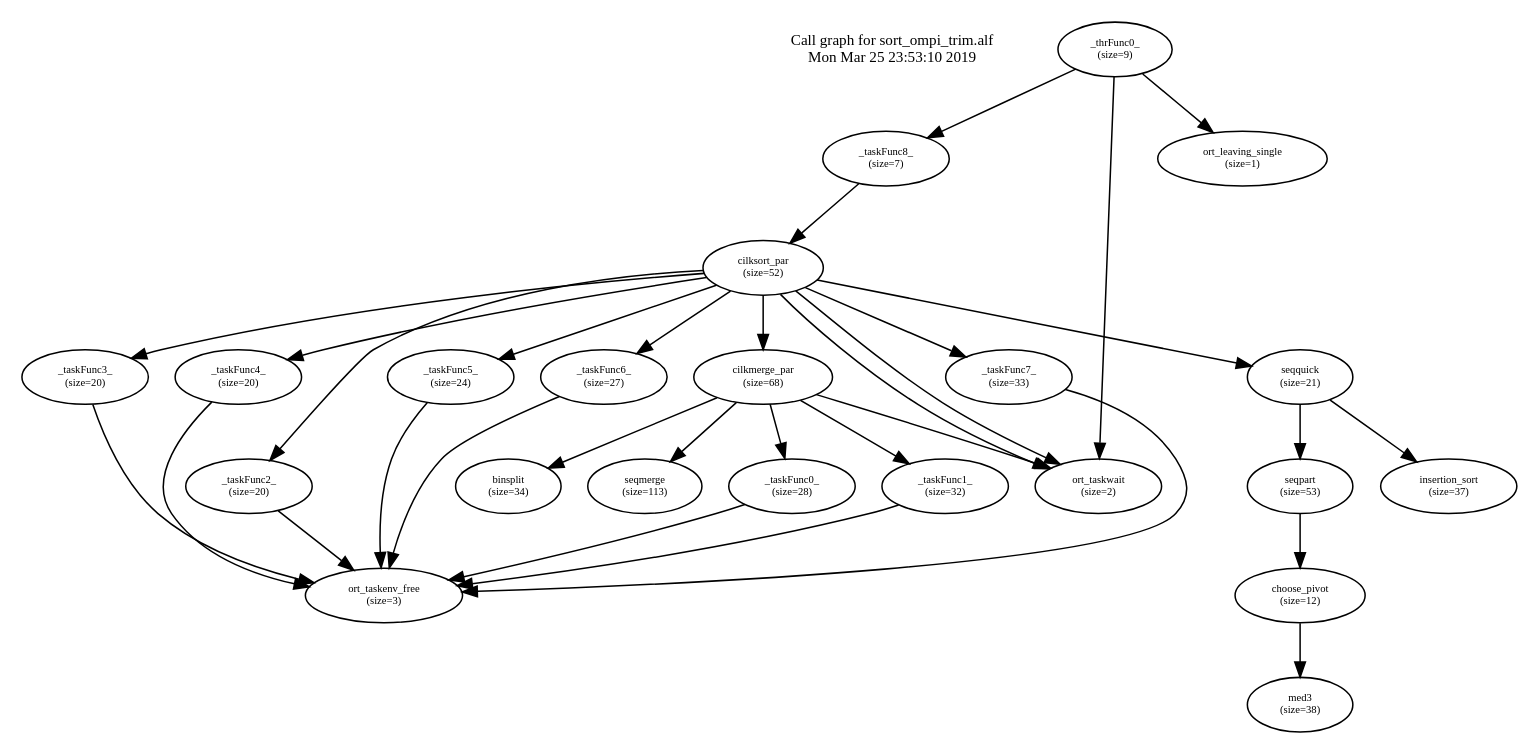
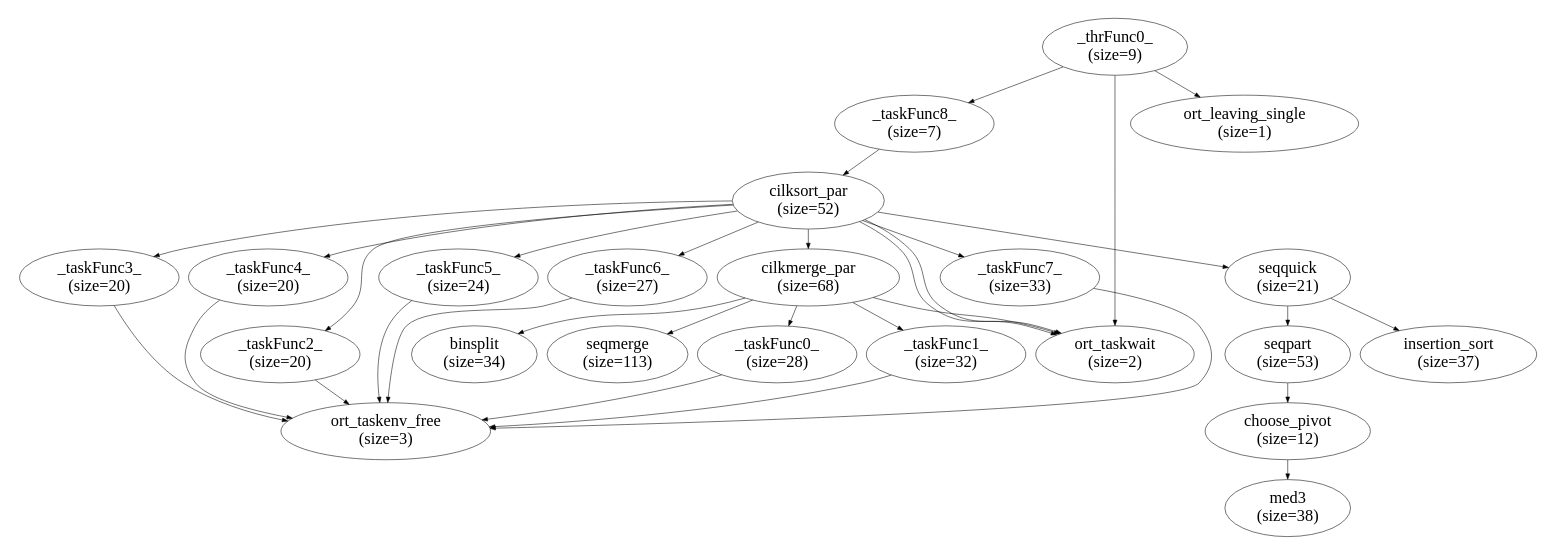
The diagram in sort/callgraph/sort.dot (Kingtous/Bots_Task_Result), drawn with Graphviz before and after one commit. The commit also changed 510 other files, not shown here.

```diff
--- a/sort/callgraph/sort.dot
+++ b/sort/callgraph/sort.dot
@@ -1,63 +1,63 @@
 digraph "" {
   size="10,8";
   rankdir=TB;
   center=1;
   rotate=0;
    {
    node [shape=plaintext,fontsize=10];
-   "Call graph for sort_ompi_trim.alf\nMon Mar 25 23:53:10 2019"
+
    }
-   0 [label="_thrFunc0_\n(size=9)",fontsize=7]
-   1 [label="_taskFunc8_\n(size=7)",fontsize=7]
-   2 [label="cilksort_par\n(size=52)",fontsize=7]
-   3 [label="cilkmerge_par\n(size=68)",fontsize=7]
-   4 [label="seqmerge\n(size=113)",fontsize=7]
-   5 [label="binsplit\n(size=34)",fontsize=7]
-   6 [label="_taskFunc0_\n(size=28)",fontsize=7]
-   7 [label="ort_taskenv_free\n(size=3)",fontsize=7]
-   8 [label="_taskFunc1_\n(size=32)",fontsize=7]
-   9 [label="ort_taskwait\n(size=2)",fontsize=7]
-   10 [label="_taskFunc2_\n(size=20)",fontsize=7]
-   11 [label="_taskFunc5_\n(size=24)",fontsize=7]
-   12 [label="_taskFunc6_\n(size=27)",fontsize=7]
-   13 [label="_taskFunc7_\n(size=33)",fontsize=7]
-   14 [label="_taskFunc3_\n(size=20)",fontsize=7]
-   15 [label="_taskFunc4_\n(size=20)",fontsize=7]
-   16 [label="seqquick\n(size=21)",fontsize=7]
-   17 [label="insertion_sort\n(size=37)",fontsize=7]
-   18 [label="seqpart\n(size=53)",fontsize=7]
-   19 [label="choose_pivot\n(size=12)",fontsize=7]
-   20 [label="med3\n(size=38)",fontsize=7]
-   21 [label="ort_leaving_single\n(size=1)",fontsize=7]
+   0 [label="_thrFunc0_\n(size=9)",fontsize=30]
+   1 [label="_taskFunc8_\n(size=7)",fontsize=30]
+   2 [label="cilksort_par\n(size=52)",fontsize=30]
+   3 [label="cilkmerge_par\n(size=68)",fontsize=30]
+   4 [label="seqmerge\n(size=113)",fontsize=30]
+   5 [label="binsplit\n(size=34)",fontsize=30]
+   6 [label="_taskFunc0_\n(size=28)",fontsize=30]
+   7 [label="ort_taskenv_free\n(size=3)",fontsize=30]
+   8 [label="_taskFunc1_\n(size=32)",fontsize=30]
+   9 [label="ort_taskwait\n(size=2)",fontsize=30]
+   10 [label="_taskFunc2_\n(size=20)",fontsize=30]
+   11 [label="_taskFunc5_\n(size=24)",fontsize=30]
+   12 [label="_taskFunc6_\n(size=27)",fontsize=30]
+   13 [label="_taskFunc7_\n(size=33)",fontsize=30]
+   14 [label="_taskFunc3_\n(size=20)",fontsize=30]
+   15 [label="_taskFunc4_\n(size=20)",fontsize=30]
+   16 [label="seqquick\n(size=21)",fontsize=30]
+   17 [label="insertion_sort\n(size=37)",fontsize=30]
+   18 [label="seqpart\n(size=53)",fontsize=30]
+   19 [label="choose_pivot\n(size=12)",fontsize=30]
+   20 [label="med3\n(size=38)",fontsize=30]
+   21 [label="ort_leaving_single\n(size=1)",fontsize=30]
    0->1
    0->21
    0->9
    1->2
    2->3
    2->10
    2->11
    2->9
    2->12
    2->13
    2->9
    2->14
    2->15
    2->16
    3->4
    3->5
    3->6
    3->8
    3->9
    6->7
    8->7
    10->7
    11->7
    12->7
    13->7
    14->7
    15->7
    16->17
    16->18
    18->19
    19->20
 }
```
